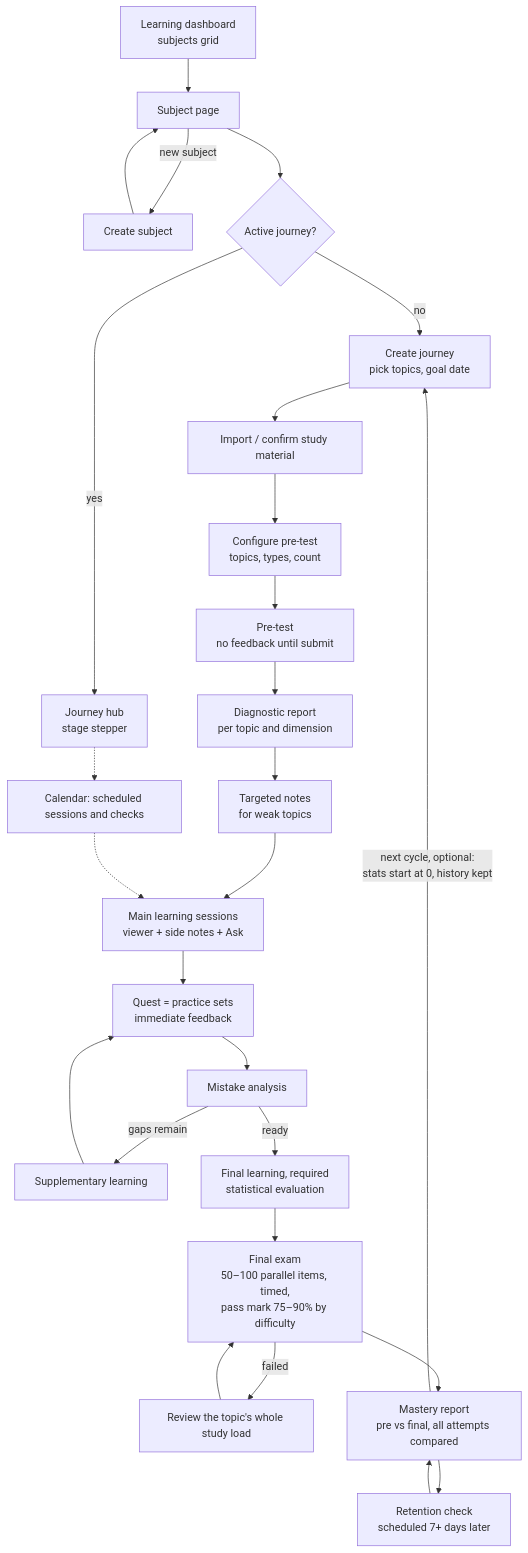
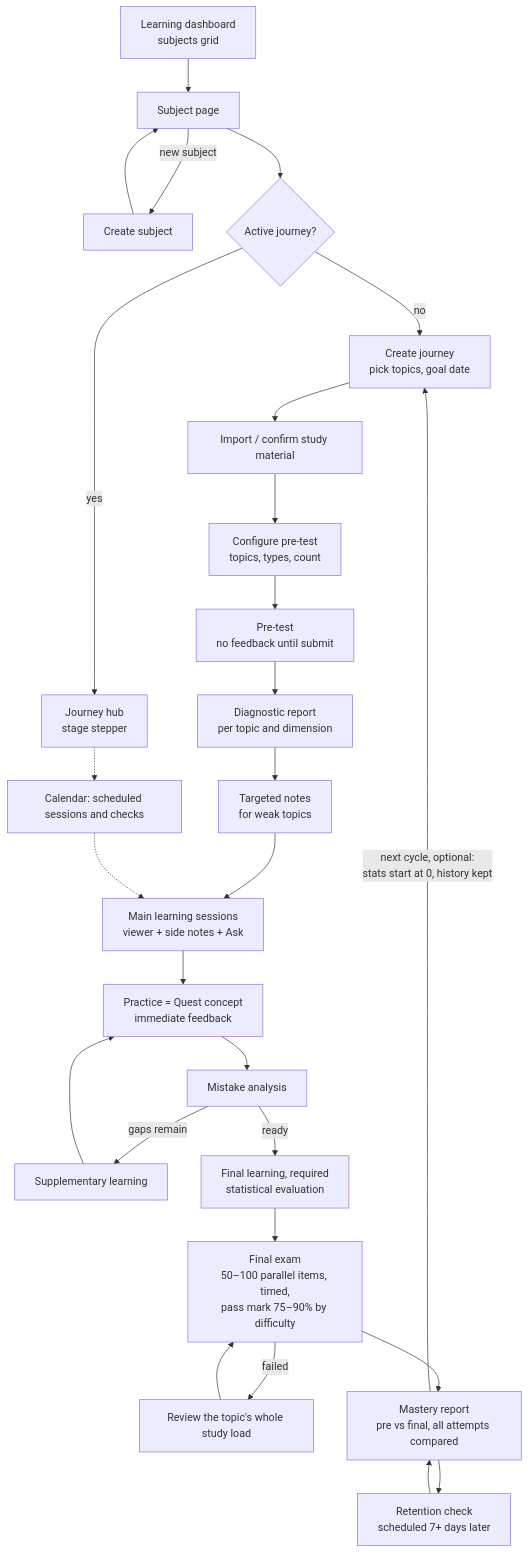
The first of 2 diagrams in docs/LEARNING_SYSTEM_SPEC.md (MauMirand/Perflw), drawn with Mermaid before and after one commit. The commit also changed other lines of this file and 3 other files, not shown here.

````diff
--- a/docs/LEARNING_SYSTEM_SPEC.md
+++ b/docs/LEARNING_SYSTEM_SPEC.md
@@ -112,26 +112,26 @@
 ```mermaid
 flowchart TD
   D[Learning dashboard<br/>subjects grid] --> S[Subject page]
   S -->|new subject| NS[Create subject] --> S
   S --> J{Active journey?}
   J -->|no| NJ[Create journey<br/>pick topics, goal date]
   J -->|yes| JH[Journey hub<br/>stage stepper]
   NJ --> M[Import / confirm study material]
   M --> PC[Configure pre-test<br/>topics, types, count]
   PC --> PT[Pre-test<br/>no feedback until submit]
   PT --> DA[Diagnostic report<br/>per topic and dimension]
   DA --> TN[Targeted notes<br/>for weak topics]
   TN --> ML[Main learning sessions<br/>viewer + side notes + Ask]
-  ML --> PR[Quest = practice sets<br/>immediate feedback]
+  ML --> PR[Practice = Quest concept<br/>immediate feedback]
   PR --> MA[Mistake analysis]
   MA -->|gaps remain| SL[Supplementary learning] --> PR
   MA -->|ready| FL[Final learning, required<br/>statistical evaluation]
   FL --> FE[Final exam<br/>50–100 parallel items, timed,<br/>pass mark 75–90% by difficulty]
   FE -->|failed| RV[Review the topic's whole study load] --> FE
   FE --> MR[Mastery report<br/>pre vs final, all attempts compared]
   MR --> RC[Retention check<br/>scheduled 7+ days later]
   RC --> MR
   MR -->|next cycle, optional:<br/>stats start at 0, history kept| NJ
   JH -.-> CAL[Calendar: scheduled sessions and checks]
   CAL -.-> ML
 ```
````
